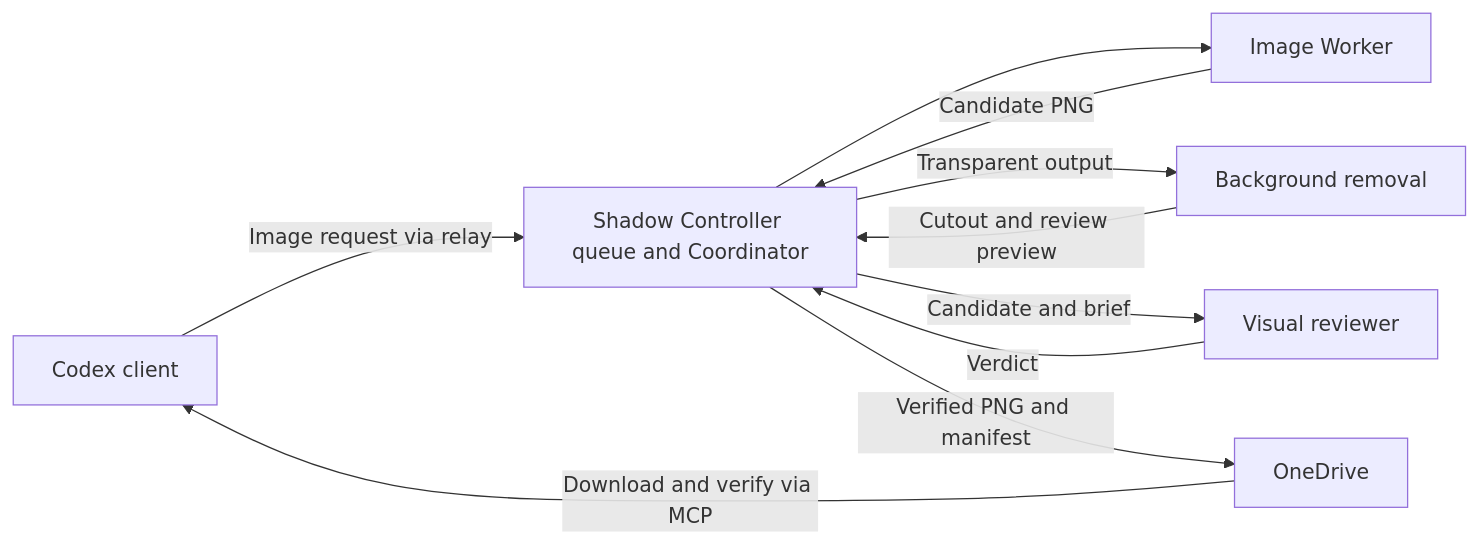
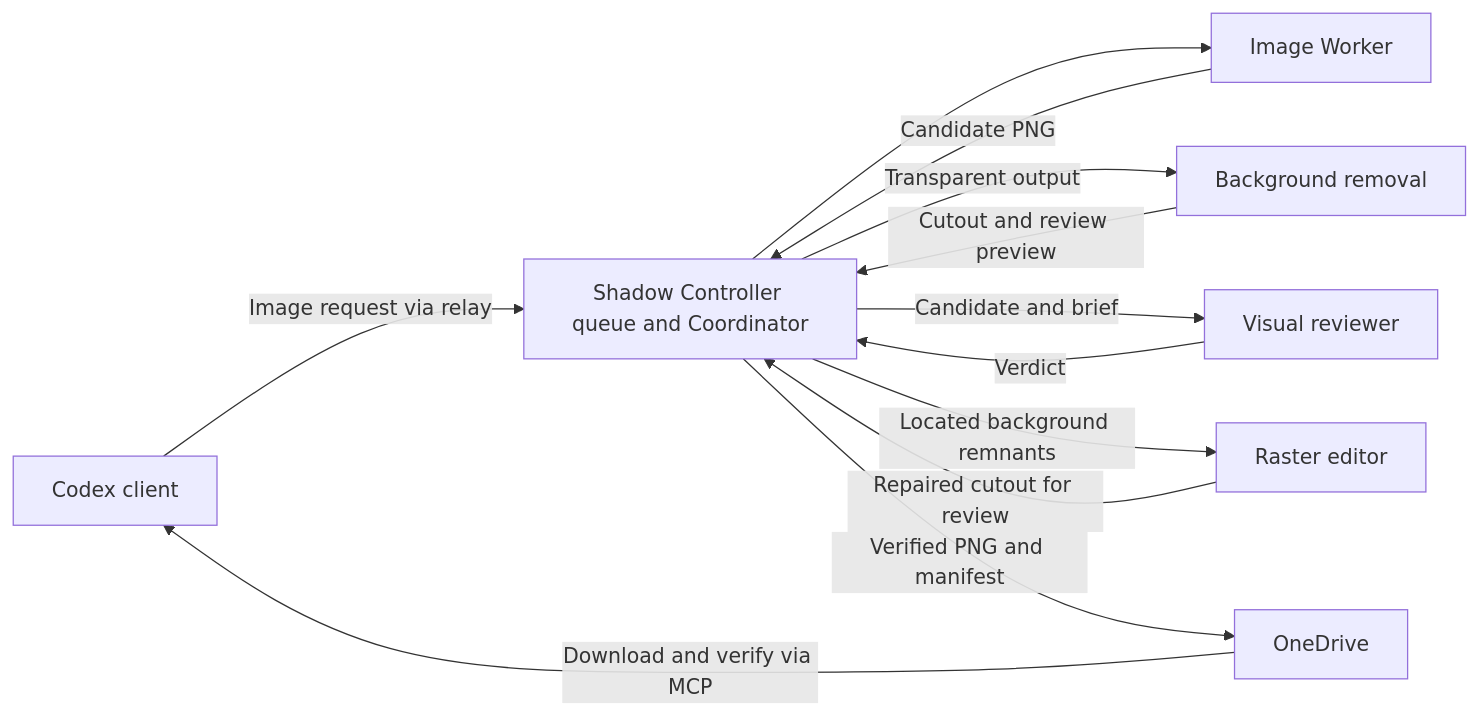
Before and after one commit to DRincs-Productions/LM-Studio: diagram 13 of 13 in README.md, drawn with Mermaid. The commit also changed 4 other files, not shown here.

````diff
--- a/README.md
+++ b/README.md
@@ -579,12 +579,14 @@
 ```mermaid
 flowchart LR
     A[Codex client] -->|Image request via relay| S[Shadow Controller queue and Coordinator]
     S --> I[Image Worker]
     I -->|Candidate PNG| S
     S -->|Transparent output| T[Background removal]
     T -->|Cutout and review preview| S
     S -->|Candidate and brief| R[Visual reviewer]
     R -->|Verdict| S
+    S -->|Located background remnants| P[Raster editor]
+    P -->|Repaired cutout for review| S
     S -->|Verified PNG and manifest| O[OneDrive]
     O -->|Download and verify via MCP| A
 ```
````
